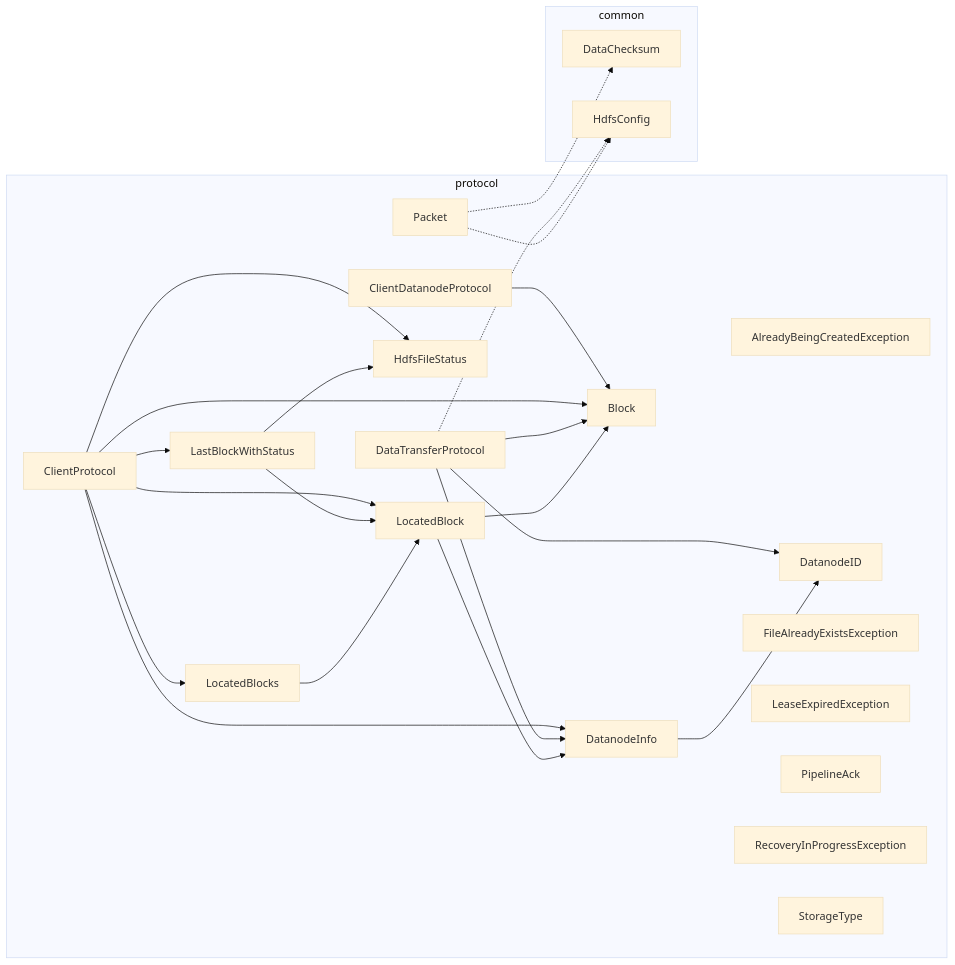
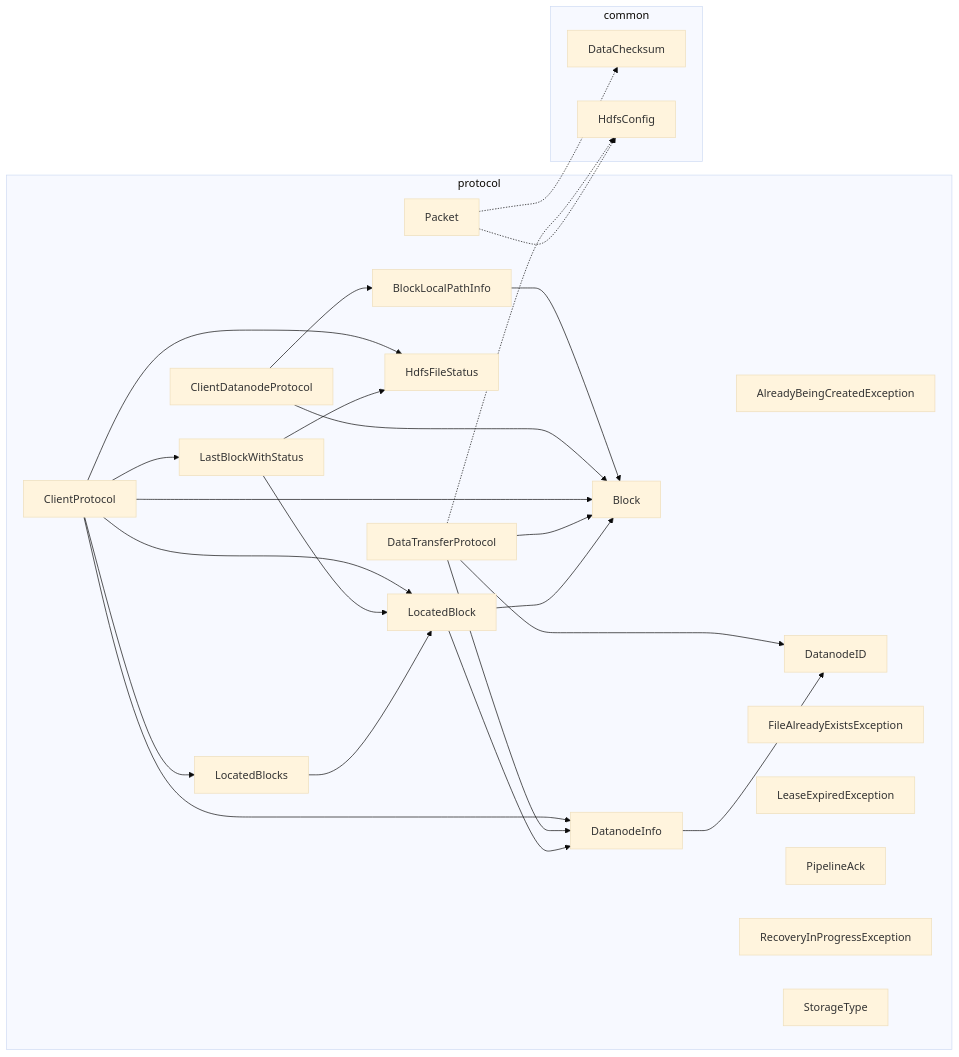
The fifth of 11 diagrams in docs/DEPENDENCIES.md (catothi/edudfs), drawn with Mermaid (base theme) before and after one commit. The commit also changed other lines of this file and 28 other files, not shown here.

````diff
--- a/docs/DEPENDENCIES.md
+++ b/docs/DEPENDENCIES.md
@@ -285,45 +291,48 @@
 ```mermaid
 flowchart LR
     subgraph protocol_box["protocol"]
         protocol_AlreadyBeingCreatedException["AlreadyBeingCreatedException"]
         protocol_Block["Block"]
+        protocol_BlockLocalPathInfo["BlockLocalPathInfo"]
         protocol_ClientDatanodeProtocol["ClientDatanodeProtocol"]
         protocol_ClientProtocol["ClientProtocol"]
         protocol_DataTransferProtocol["DataTransferProtocol"]
         protocol_DatanodeID["DatanodeID"]
         protocol_DatanodeInfo["DatanodeInfo"]
         protocol_FileAlreadyExistsException["FileAlreadyExistsException"]
         protocol_HdfsFileStatus["HdfsFileStatus"]
         protocol_LastBlockWithStatus["LastBlockWithStatus"]
         protocol_LeaseExpiredException["LeaseExpiredException"]
         protocol_LocatedBlock["LocatedBlock"]
         protocol_LocatedBlocks["LocatedBlocks"]
         protocol_Packet["Packet"]
         protocol_PipelineAck["PipelineAck"]
         protocol_RecoveryInProgressException["RecoveryInProgressException"]
         protocol_StorageType["StorageType"]
     end
     subgraph common_ext_protocol["common"]
         common_DataChecksum["DataChecksum"]
         common_HdfsConfig["HdfsConfig"]
     end
+    protocol_BlockLocalPathInfo --> protocol_Block
     protocol_ClientDatanodeProtocol --> protocol_Block
+    protocol_ClientDatanodeProtocol --> protocol_BlockLocalPathInfo
     protocol_ClientProtocol --> protocol_Block
     protocol_ClientProtocol --> protocol_DatanodeInfo
     protocol_ClientProtocol --> protocol_HdfsFileStatus
     protocol_ClientProtocol --> protocol_LastBlockWithStatus
     protocol_ClientProtocol --> protocol_LocatedBlock
     protocol_ClientProtocol --> protocol_LocatedBlocks
     protocol_DataTransferProtocol -.-> common_HdfsConfig
     protocol_DataTransferProtocol --> protocol_Block
     protocol_DataTransferProtocol --> protocol_DatanodeID
     protocol_DataTransferProtocol --> protocol_DatanodeInfo
     protocol_DatanodeInfo --> protocol_DatanodeID
     protocol_LastBlockWithStatus --> protocol_HdfsFileStatus
     protocol_LastBlockWithStatus --> protocol_LocatedBlock
     protocol_LocatedBlock --> protocol_Block
     protocol_LocatedBlock --> protocol_DatanodeInfo
     protocol_LocatedBlocks --> protocol_LocatedBlock
     protocol_Packet -.-> common_DataChecksum
     protocol_Packet -.-> common_HdfsConfig
 ```
````
